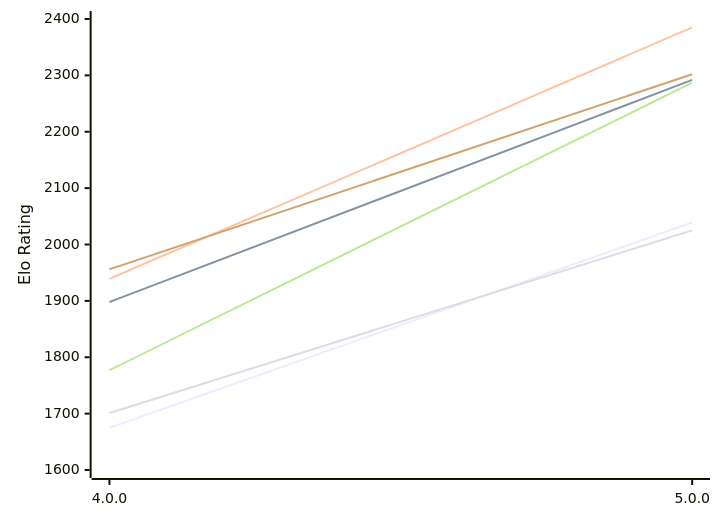
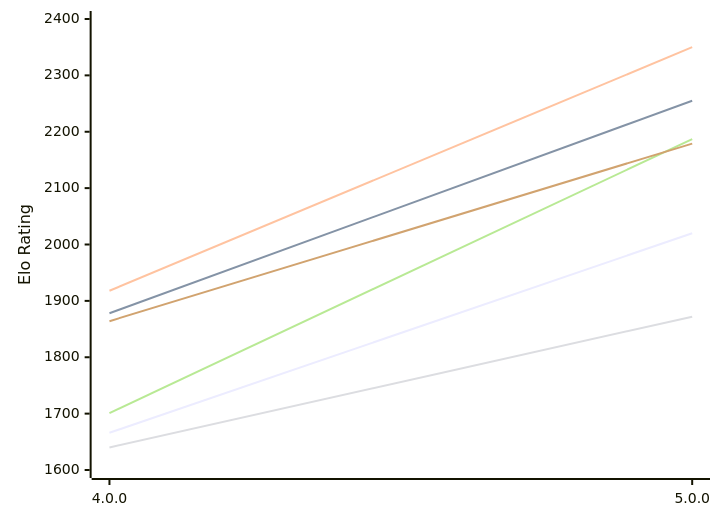
Before and after one commit to computer-chess-index/cci: the first of 2 diagrams in engines/Laura.md, drawn with Mermaid. The commit also changed other lines of this file, not shown here.

Commit message:
Update CCI Ratings (ELO VLTC) - 2026-11-13

````diff
--- a/engines/Laura.md
+++ b/engines/Laura.md
@@ -52,12 +52,12 @@
 ```mermaid
 %%{init: {"theme":"base","themeVariables":{"seriesColors:['#a3a3a3','#222221','#faa371']}}}%%
 xychart-beta
   x-axis ["4.0.0", "5.0.0"]
   y-axis "Elo Rating" 1600 --> 2400
-  line "E1: STC (8.0+0.08s)" [1675, 2039]
-  line "E1: LTC (60.0+0.60s)" [1898, 2292]
-  line "E1: VLTC (2m24s+1.12s)" [1939, 2385]
-  line "P1: STC (8.0+0.08s)" [1701, 2025]
-  line "P1: LTC (60.0+0.60s)" [1777, 2287]
-  line "P1: VLTC (2m24s+1.12s)" [1956, 2302]
+  line "E1: STC (8.0+0.08s)" [1666, 2020]
+  line "E1: LTC (60.0+0.60s)" [1878, 2255]
+  line "E1: VLTC (2m24s+1.12s)" [1918, 2350]
+  line "P1: STC (8.0+0.08s)" [1640, 1872]
+  line "P1: LTC (60.0+0.60s)" [1701, 2187]
+  line "P1: VLTC (2m24s+1.12s)" [1864, 2179]
 ```
````
